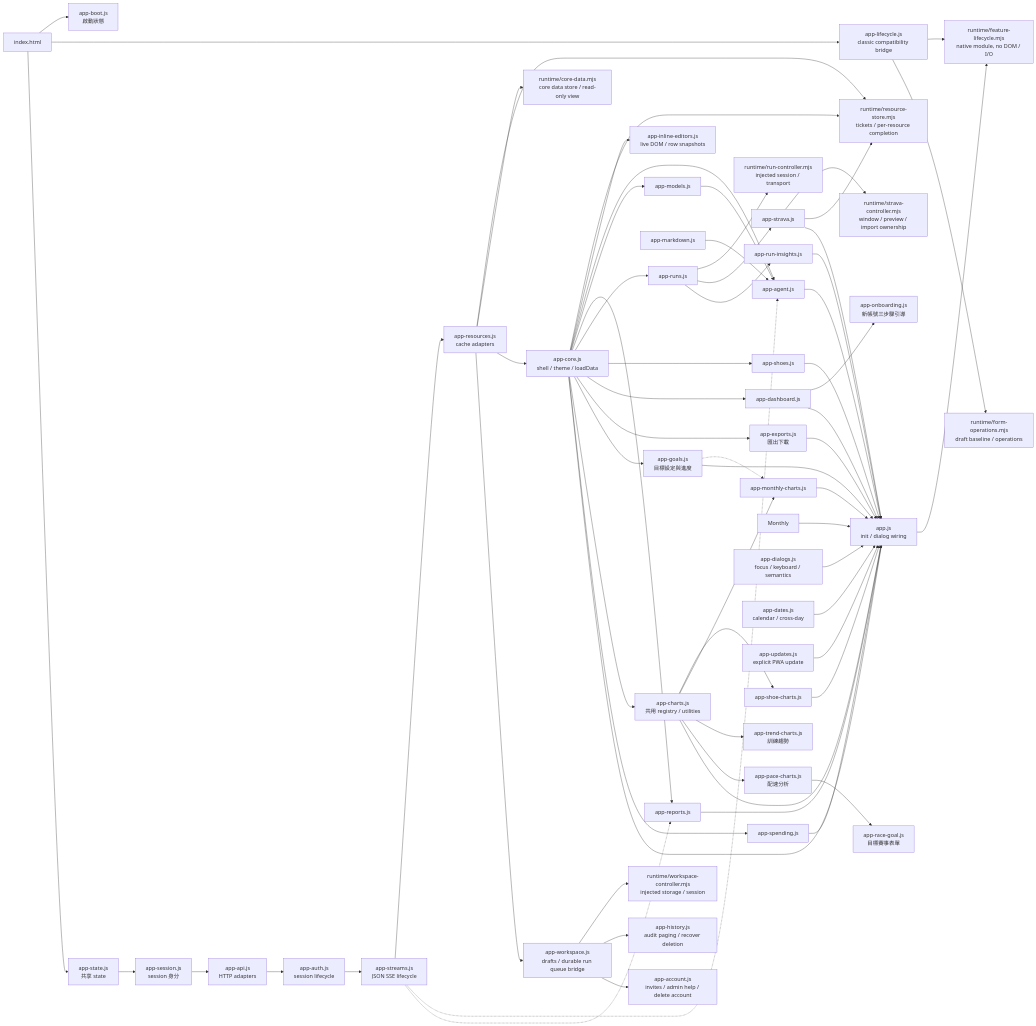
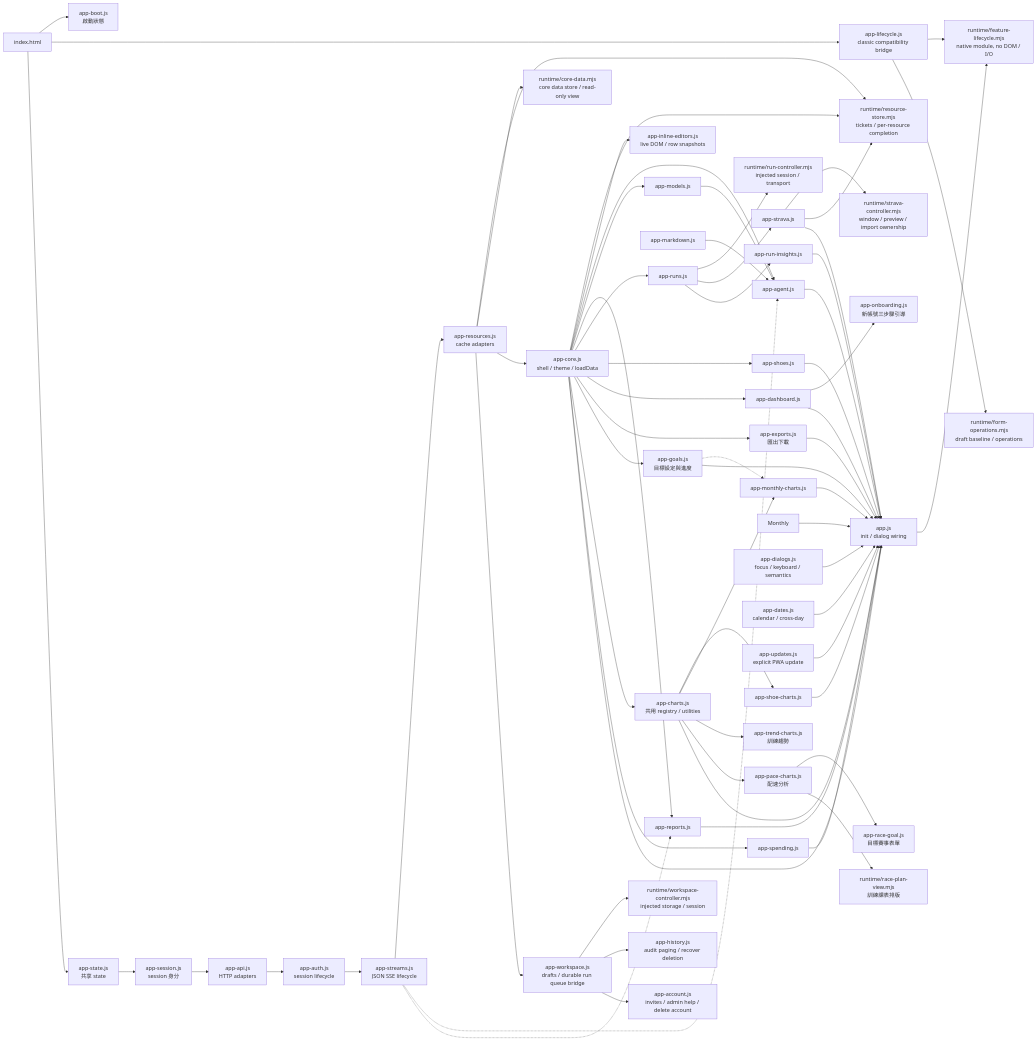
The sixth of 15 diagrams in docs/architecture.md (Teng91/running-shoes), drawn with Mermaid before and after one commit. The commit also changed other lines of this file and 15 other files, not shown here.

First line of the commit message:
refactor: lay out the race plan in a native module (SPEC-127, v5.1.1)

````diff
--- a/docs/architecture.md
+++ b/docs/architecture.md
@@ -209,66 +209,67 @@
 ```mermaid
 flowchart LR
     HTML[index.html] --> Boot[app-boot.js<br/>啟動狀態]
     HTML --> Lifecycle[app-lifecycle.js<br/>classic compatibility bridge]
     Bootstrap --> Native[runtime/feature-lifecycle.mjs<br/>native module, no DOM / I/O]
     Lifecycle --> Native
     HTML --> State[app-state.js<br/>共享 state]
     State --> Session[app-session.js<br/>session 身分]
     Session --> API[app-api.js<br/>HTTP adapters]
     API --> AuthUI[app-auth.js<br/>session lifecycle]
     AuthUI --> Streams[app-streams.js<br/>JSON SSE lifecycle]
     Streams --> Resources[app-resources.js<br/>cache adapters]
     Resources --> Store[runtime/resource-store.mjs<br/>tickets / per-resource completion]
     Resources --> CoreData[runtime/core-data.mjs<br/>core data store / read-only view]
     Resources --> Core[app-core.js<br/>shell / theme / loadData]
     Resources --> Workspace[app-workspace.js<br/>drafts / durable run queue bridge]
     Workspace --> WorkspaceNative[runtime/workspace-controller.mjs<br/>injected storage / session]
     Workspace --> History[app-history.js<br/>audit paging / recover deletion]
     Workspace --> Account[app-account.js<br/>invites / admin help / delete account]
     Core --> Store
     Core --> Inline[app-inline-editors.js<br/>live DOM / row snapshots]
     Lifecycle --> Forms[runtime/form-operations.mjs<br/>draft baseline / operations]
     Streams -.-> AgentUI
     Streams -.-> ReportsUI
     Core --> AgentUI[app-agent.js]
     Core --> ModelsUI[app-models.js]
     ModelsUI --> AgentUI
     MarkdownUI[app-markdown.js] --> AgentUI
     Core --> ReportsUI[app-reports.js]
     Core --> RunCRUD[app-runs.js]
     RunCRUD --> RunNative[runtime/run-controller.mjs<br/>injected session / transport]
     RunCRUD --> StravaUI[app-strava.js]
     StravaUI --> StravaNative[runtime/strava-controller.mjs<br/>window / preview / import ownership]
     StravaUI --> Store
     RunCRUD --> RunInsights[app-run-insights.js]
     Core --> ShoesUI[app-shoes.js]
     Core --> Dashboard[app-dashboard.js]
     Dashboard --> Onboarding[app-onboarding.js<br/>新帳號三步驟引導]
     Core --> ExportsUI[app-exports.js<br/>匯出下載]
     Core --> GoalsUI[app-goals.js<br/>目標設定與進度]
     Core --> Charts[app-charts.js<br/>共用 registry / utilities]
     Charts --> ShoeCharts[app-shoe-charts.js]
     Charts --> MileageCharts[app-monthly-charts.js]
     Charts --> TrendCharts[app-trend-charts.js<br/>訓練趨勢]
     Charts --> PaceCharts[app-pace-charts.js<br/>配速分析]
     PaceCharts --> RaceGoal[app-race-goal.js<br/>目標賽事表單]
+    PaceCharts --> RacePlanView[runtime/race-plan-view.mjs<br/>訓練課表排版]
     GoalsUI -.-> MileageCharts
     Core --> Spending[app-spending.js]
     Core --> Bootstrap[app.js<br/>init / dialog wiring]
     AgentUI --> Bootstrap
     ReportsUI --> Bootstrap
     StravaUI --> Bootstrap
     RunInsights --> Bootstrap
     ShoesUI --> Bootstrap
     Dashboard --> Bootstrap
     Monthly --> Bootstrap
     ExportsUI --> Bootstrap
     GoalsUI --> Bootstrap
     Charts --> Bootstrap
     ShoeCharts --> Bootstrap
     MileageCharts --> Bootstrap
     Spending --> Bootstrap
     Dialogs[app-dialogs.js<br/>focus / keyboard / semantics] --> Bootstrap
     Dates[app-dates.js<br/>calendar / cross-day] --> Bootstrap
     Updates[app-updates.js<br/>explicit PWA update] --> Bootstrap
 ```
````
